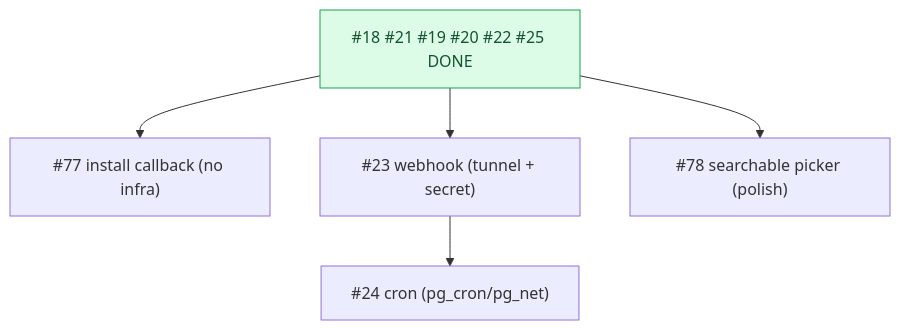
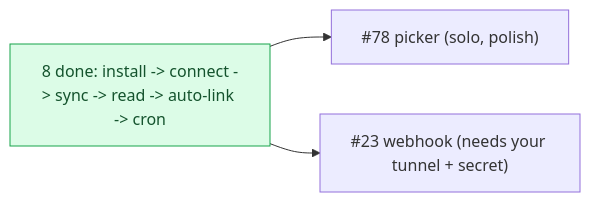
Before and after one commit to zestones/vista: the diagram in docs/audits/milestone-Phase 3 - GitHub App & sync-audit.md, drawn with Mermaid. The commit also changed other lines of this file and 5 other files, not shown here.

First line of the commit message:
feat(ui): searchable repo picker (#78)

````diff
--- a/docs/audits/milestone-Phase 3 - GitHub App & sync-audit.md
+++ b/docs/audits/milestone-Phase 3 - GitHub App & sync-audit.md
@@ -22,8 +22,6 @@
 ```mermaid
-flowchart TD
-  D["#18 #21 #19 #20 #22 #25 DONE"]:::done --> I77["#77 install callback (no infra)"]
-  D --> I23["#23 webhook (tunnel + secret)"]
-  I23 --> I24["#24 cron (pg_cron/pg_net)"]
-  D --> I78["#78 searchable picker (polish)"]
+flowchart LR
+  D["8 done: install -> connect -> sync -> read -> auto-link -> cron"]:::done --> I78["#78 picker (solo, polish)"]
+  D --> I23["#23 webhook (needs your tunnel + secret)"]
   classDef done fill:#dcfce7,stroke:#16a34a,color:#14532d;
 ```
````
